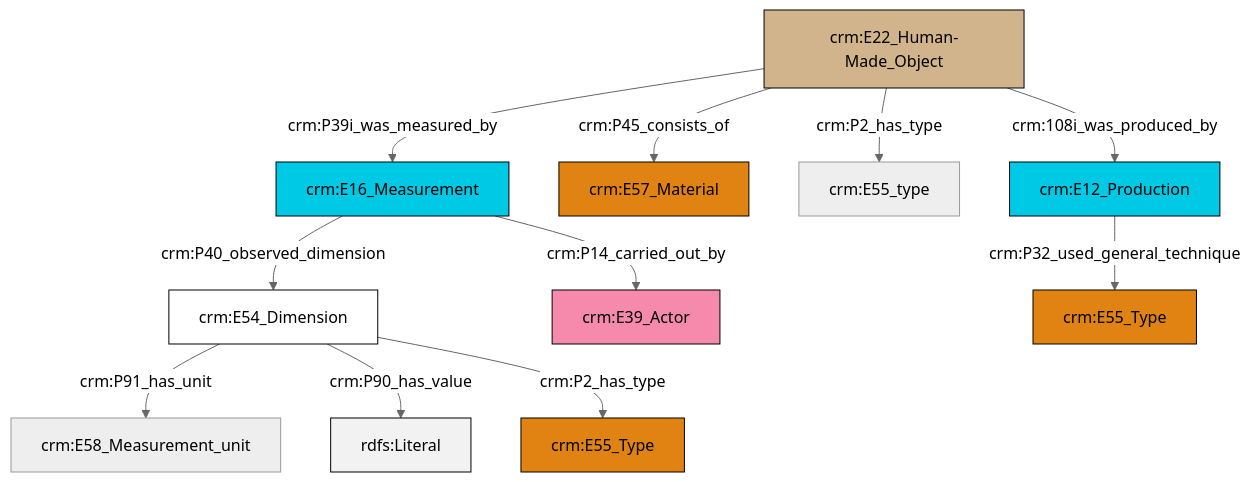
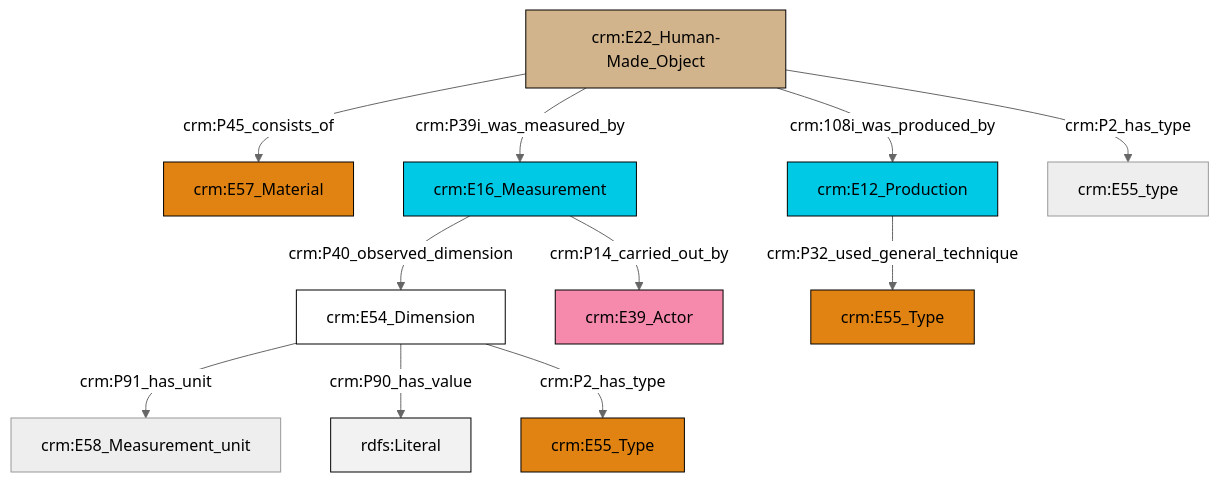
The diagram in et/artworkCSV/ttl/mmd/Artwork_substance.ttl.mmd (swiss-art-research-net/reference-data-models), drawn with Mermaid (neutral theme) before and after one commit. The commit also changed 126 other files, not shown here.

```diff
--- a/et/artworkCSV/ttl/mmd/Artwork_substance.ttl.mmd
+++ b/et/artworkCSV/ttl/mmd/Artwork_substance.ttl.mmd
@@ -1,25 +1,25 @@
 graph TD
 classDef Literal fill:#f2f2f2,stroke:#000000;
 classDef CRM_Entity fill:#FFFFFF,stroke:#000000;
 classDef Temporal_Entity fill:#00C9E6, stroke:#000000;
 classDef Type fill:#E18312, stroke:#000000;
 classDef Time-Span fill:#2C9C91, stroke:#000000;
 classDef Appellation fill:#FFEB7F, stroke:#000000;
 classDef Place fill:#008836, stroke:#000000;
 classDef Persistent_Item fill:#B266B2, stroke:#000000;
 classDef Conceptual_Object fill:#FFD700, stroke:#000000;
 classDef Physical_Thing fill:#D2B48C, stroke:#000000;
 classDef Actor fill:#f58aad, stroke:#000000;
 classDef PC_Classes fill:#4ce600, stroke:#000000;
 classDef Multi fill:#cccccc,stroke:#000000;
 
-0["crm:E54_Dimension"]:::CRM_Entity -->|crm:P91_has_unit| 1["crm:E58_Measurement_unit"]:::Default
-7["crm:E22_Human-Made_Object"]:::Physical_Thing -->|crm:P39i_was_measured_by| 4["crm:E16_Measurement"]:::Temporal_Entity
-4["crm:E16_Measurement"]:::Temporal_Entity -->|crm:P40_observed_dimension| 0["crm:E54_Dimension"]:::CRM_Entity
-7["crm:E22_Human-Made_Object"]:::Physical_Thing -->|crm:P45_consists_of| 12["crm:E57_Material"]:::Type
-0["crm:E54_Dimension"]:::CRM_Entity -->|crm:P90_has_value| 13[rdfs:Literal]:::Literal
-4["crm:E16_Measurement"]:::Temporal_Entity -->|crm:P14_carried_out_by| 8["crm:E39_Actor"]:::Actor
-10["crm:E12_Production"]:::Temporal_Entity -->|crm:P32_used_general_technique| 2["crm:E55_Type"]:::Type
-7["crm:E22_Human-Made_Object"]:::Physical_Thing -->|crm:P2_has_type| 16["crm:E55_type"]:::Default
-7["crm:E22_Human-Made_Object"]:::Physical_Thing -->|crm:108i_was_produced_by| 10["crm:E12_Production"]:::Temporal_Entity
-0["crm:E54_Dimension"]:::CRM_Entity -->|crm:P2_has_type| 14["crm:E55_Type"]:::Type
+2["crm:E22_Human-Made_Object"]:::Physical_Thing -->|crm:P45_consists_of| 3["crm:E57_Material"]:::Type
+4["crm:E54_Dimension"]:::CRM_Entity -->|crm:P91_has_unit| 0["crm:E58_Measurement_unit"]:::Default
+8["crm:E16_Measurement"]:::Temporal_Entity -->|crm:P40_observed_dimension| 4["crm:E54_Dimension"]:::CRM_Entity
+2["crm:E22_Human-Made_Object"]:::Physical_Thing -->|crm:P39i_was_measured_by| 8["crm:E16_Measurement"]:::Temporal_Entity
+4["crm:E54_Dimension"]:::CRM_Entity -->|crm:P90_has_value| 13[rdfs:Literal]:::Literal
+8["crm:E16_Measurement"]:::Temporal_Entity -->|crm:P14_carried_out_by| 10["crm:E39_Actor"]:::Actor
+2["crm:E22_Human-Made_Object"]:::Physical_Thing -->|crm:P2_has_type| 16["crm:E55_type"]:::Default
+14["crm:E12_Production"]:::Temporal_Entity -->|crm:P32_used_general_technique| 17["crm:E55_Type"]:::Type
+4["crm:E54_Dimension"]:::CRM_Entity -->|crm:P2_has_type| 6["crm:E55_Type"]:::Type
+2["crm:E22_Human-Made_Object"]:::Physical_Thing -->|crm:108i_was_produced_by| 14["crm:E12_Production"]:::Temporal_Entity
```
